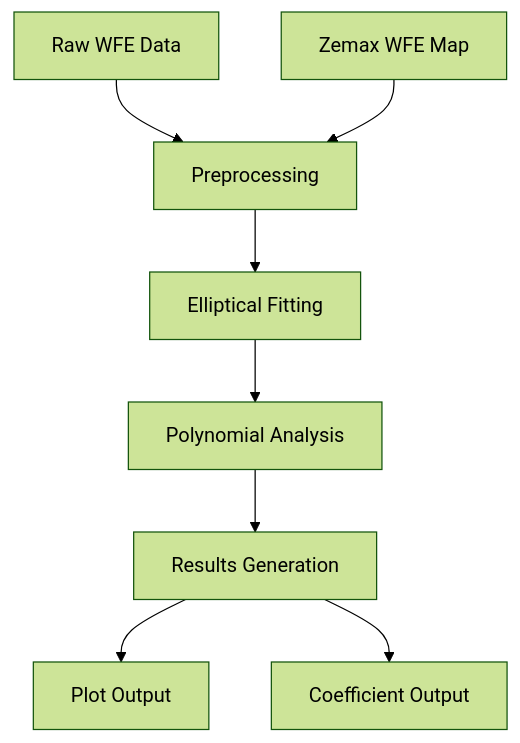
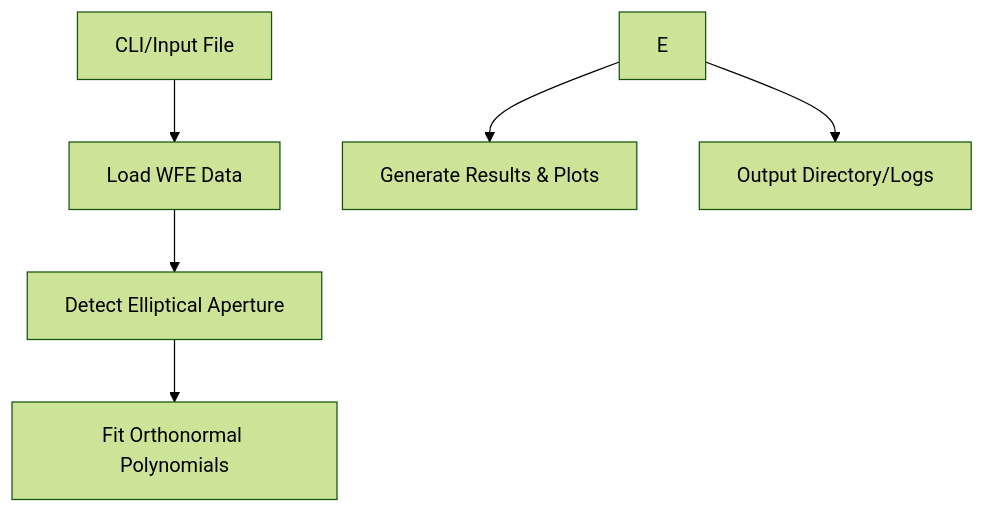
Before and after one commit to arielmission-space/STOP-utils: the diagram in README.md, drawn with Mermaid (forest theme). The commit also changed other lines of this file, not shown here.

Commit message:
implemented usage example for zemax batch processor in readme

````diff
--- a/README.md
+++ b/README.md
@@ -282,10 +292,8 @@
    ```mermaid
    graph TD
-      A1[Raw WFE Data] --> B[Preprocessing]
-      A2[Zemax WFE Map] --> B
-      B --> C[Elliptical Fitting]
-      C --> D[Polynomial Analysis]
-      D --> E[Results Generation]
-      E --> F[Plot Output]
-      E --> G[Coefficient Output]
+      A[CLI/Input File] --> B[Load WFE Data]
+      B --> C[Detect Elliptical Aperture]
+      C --> D[Fit Orthonormal Polynomials]
+      E --> F[Generate Results & Plots]
+      E --> G[Output Directory/Logs]
    ```
````
